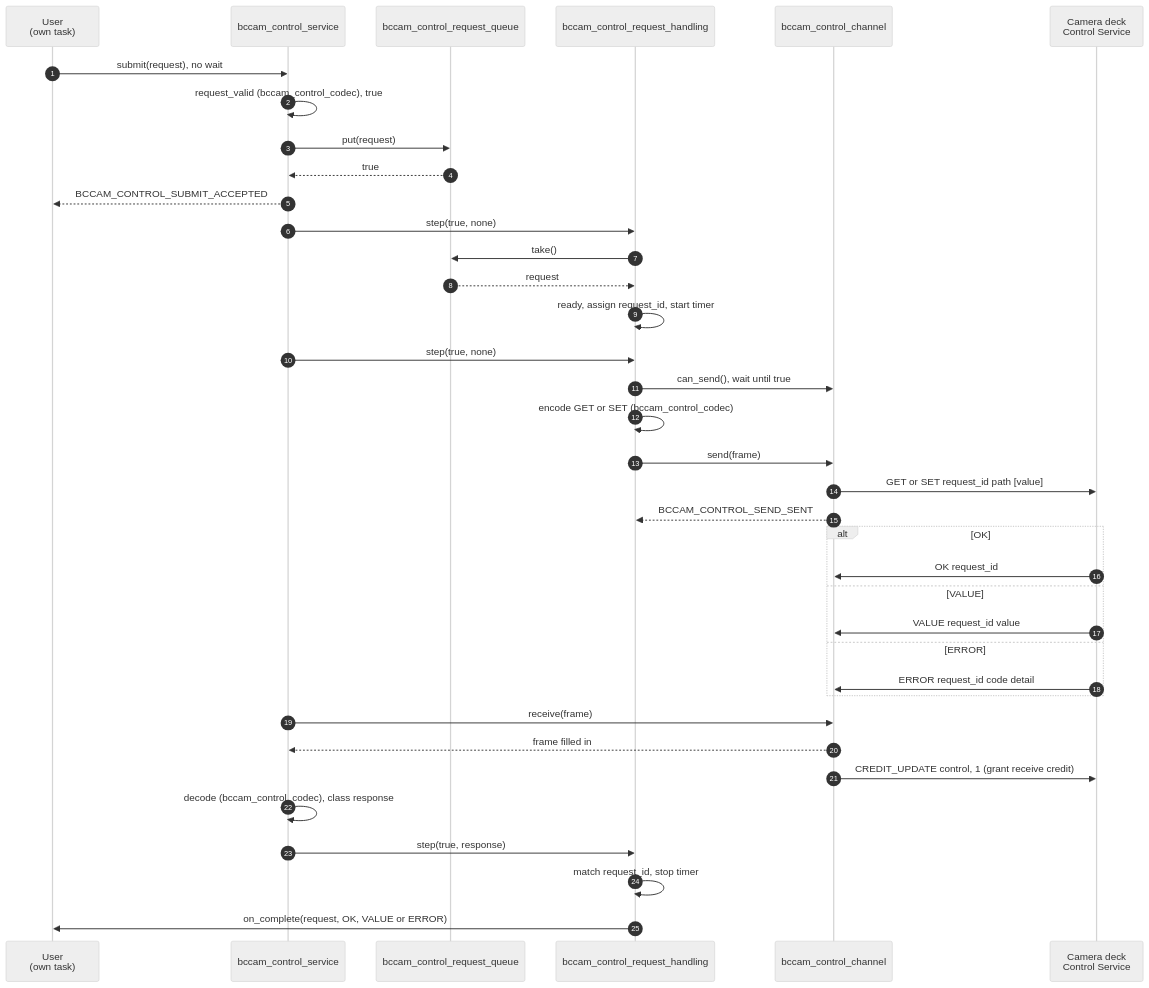
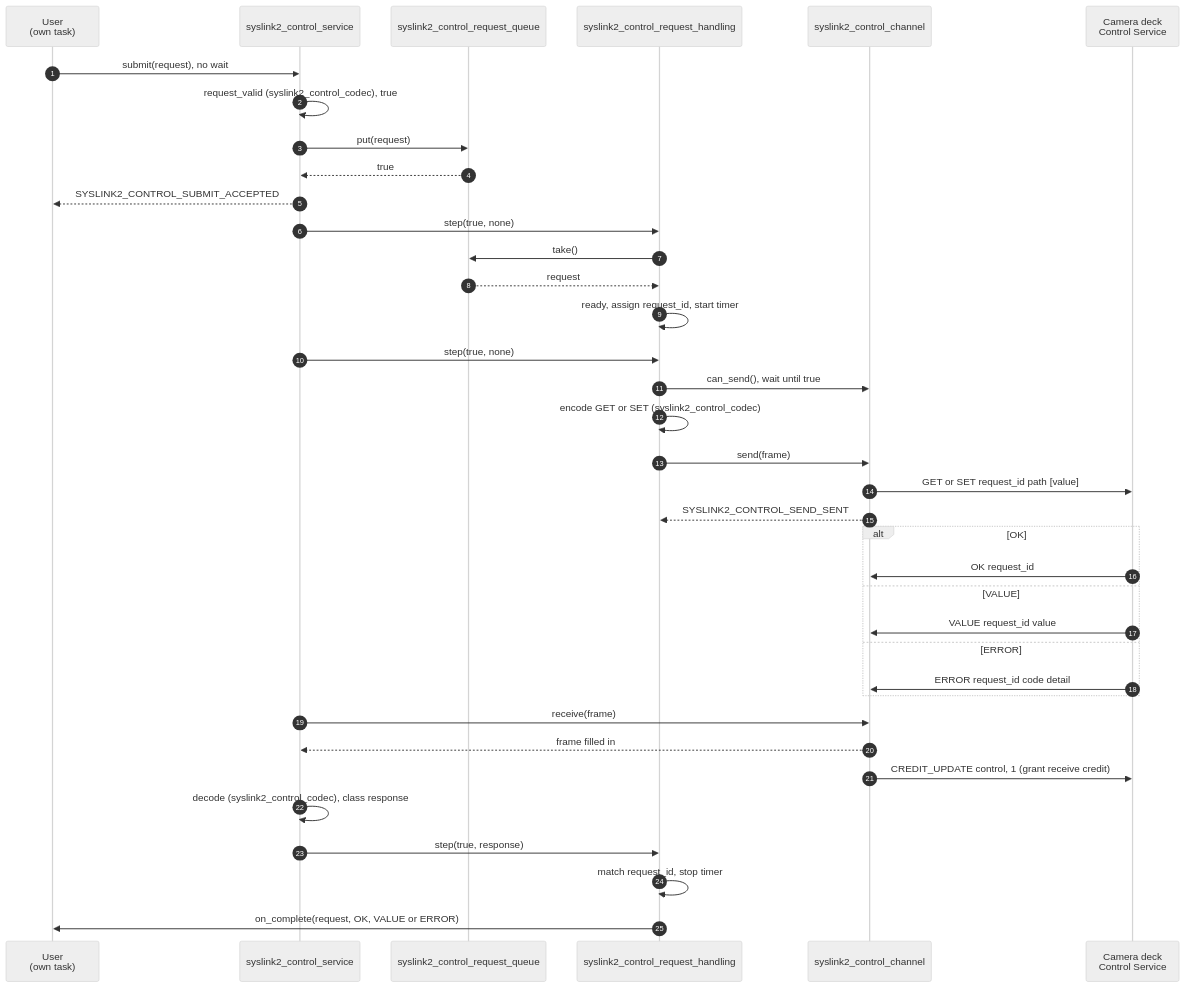
The fifth of 10 diagrams in docs/functional-areas/camera-deck-control.md (bitcraze/crazyflie-firmware), drawn with Mermaid (neutral theme) before and after one commit. The commit also changed other lines of this file, not shown here.

Commit message:
docs: Renamed bccam_ to syslink2_

````diff
--- a/docs/functional-areas/camera-deck-control.md
+++ b/docs/functional-areas/camera-deck-control.md
@@ -560,40 +560,40 @@
 ```mermaid
 sequenceDiagram
     autonumber
     participant U as User<br/>(own task)
-    participant CS as bccam_control_service
-    participant Q as bccam_control_request_queue
-    participant H as bccam_control_request_handling
-    participant Ch as bccam_control_channel
+    participant CS as syslink2_control_service
+    participant Q as syslink2_control_request_queue
+    participant H as syslink2_control_request_handling
+    participant Ch as syslink2_control_channel
     participant D as Camera deck<br/>Control Service
 
     U->>CS: submit(request), no wait
-    CS->>CS: request_valid (bccam_control_codec), true
+    CS->>CS: request_valid (syslink2_control_codec), true
     CS->>Q: put(request)
     Q-->>CS: true
-    CS-->>U: BCCAM_CONTROL_SUBMIT_ACCEPTED
+    CS-->>U: SYSLINK2_CONTROL_SUBMIT_ACCEPTED
     CS->>H: step(true, none)
     H->>Q: take()
     Q-->>H: request
     H->>H: ready, assign request_id, start timer
     CS->>H: step(true, none)
     H->>Ch: can_send(), wait until true
-    H->>H: encode GET or SET (bccam_control_codec)
+    H->>H: encode GET or SET (syslink2_control_codec)
     H->>Ch: send(frame)
     Ch->>D: GET or SET request_id path [value]
-    Ch-->>H: BCCAM_CONTROL_SEND_SENT
+    Ch-->>H: SYSLINK2_CONTROL_SEND_SENT
     alt OK
         D->>Ch: OK request_id
     else VALUE
         D->>Ch: VALUE request_id value
     else ERROR
         D->>Ch: ERROR request_id code detail
     end
     CS->>Ch: receive(frame)
     Ch-->>CS: frame filled in
     Ch->>D: CREDIT_UPDATE control, 1 (grant receive credit)
-    CS->>CS: decode (bccam_control_codec), class response
+    CS->>CS: decode (syslink2_control_codec), class response
     CS->>H: step(true, response)
     H->>H: match request_id, stop timer
     H->>U: on_complete(request, OK, VALUE or ERROR)
 ```
````
